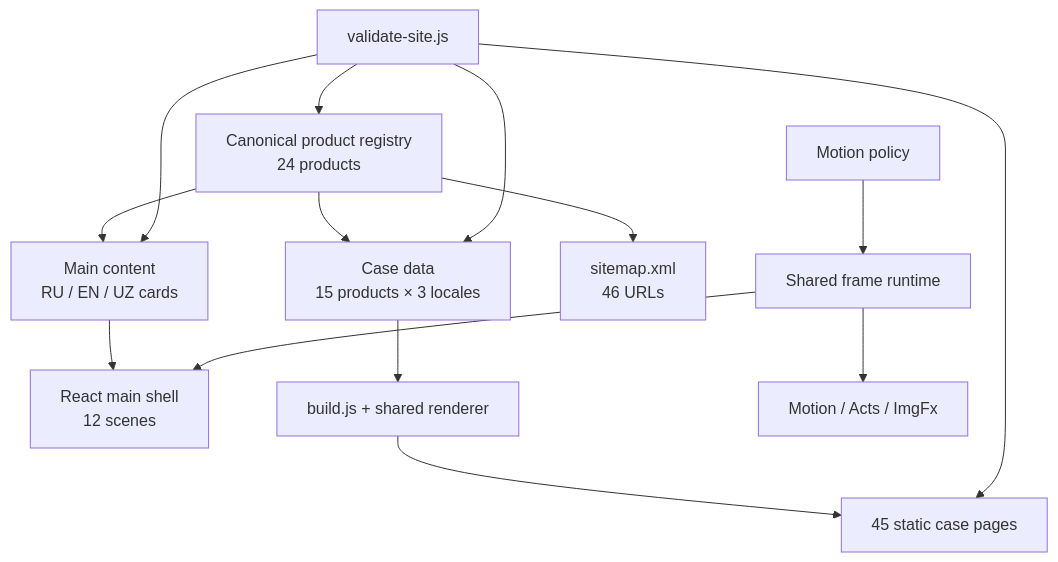
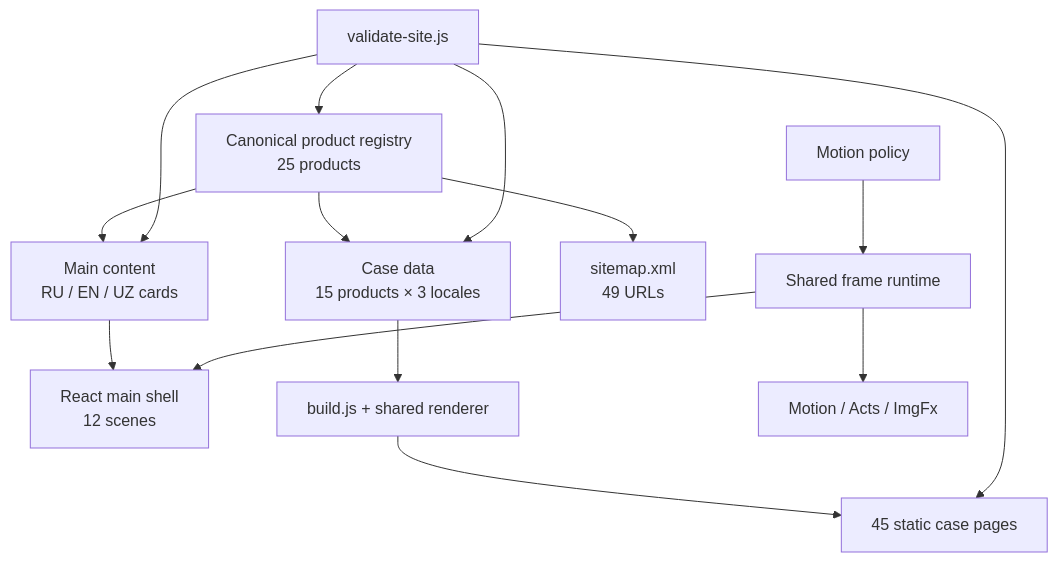
Before and after one commit to SamandarMansurkhodjaev2713/CV-Samandar: the diagram in docs/ARCHITECTURE.md, drawn with Mermaid. The commit also changed other lines of this file and 99 other files, not shown here.

````diff
--- a/docs/ARCHITECTURE.md
+++ b/docs/ARCHITECTURE.md
@@ -20,16 +20,16 @@
 ```mermaid
 flowchart TD
-  R["Canonical product registry\n24 products"] --> C["Main content\nRU / EN / UZ cards"]
+  R["Canonical product registry\n25 products"] --> C["Main content\nRU / EN / UZ cards"]
   R --> L["Case data\n15 products × 3 locales"]
   C --> A["React main shell\n12 scenes"]
   L --> G["build.js + shared renderer"]
   G --> H["45 static case pages"]
-  R --> S["sitemap.xml\n46 URLs"]
+  R --> S["sitemap.xml\n49 URLs"]
   P["Motion policy"] --> M["Shared frame runtime"]
   M --> A
   M --> X["Motion / Acts / ImgFx"]
   V["validate-site.js"] --> R
   V --> C
   V --> L
   V --> H
 ```
````
